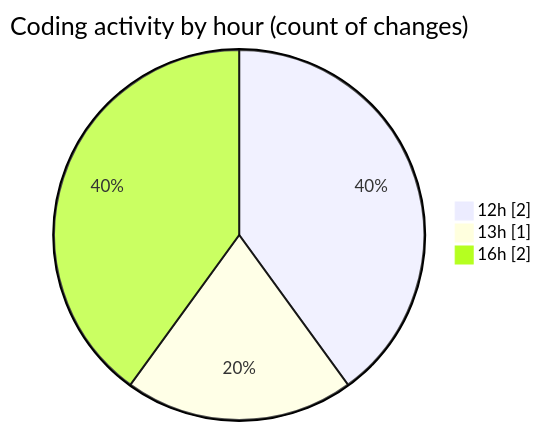
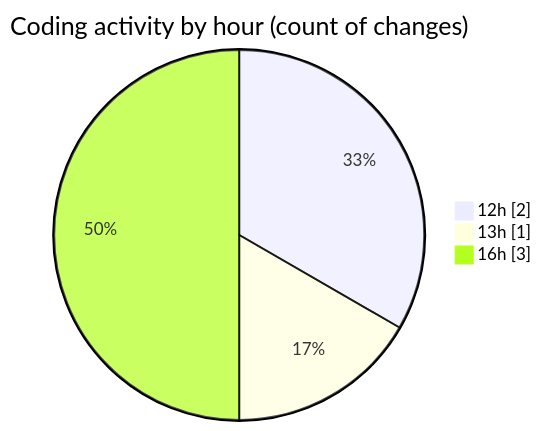
One commit to EIIisD/code-tracking changed the second of 2 diagrams in 2025-08-03/macrowhisper/README.md. Above: the diagram before and after it, drawn with Mermaid. The commit also changed other lines of this file and 1 other file, not shown here.

````diff
--- a/2025-08-03/macrowhisper/README.md
+++ b/2025-08-03/macrowhisper/README.md
@@ -28,7 +29,7 @@
 ```mermaid
 pie showData
 title Coding activity by hour (count of changes)
 "12h" : 2
 "13h" : 1
-"16h" : 2
+"16h" : 3
 ```
````
